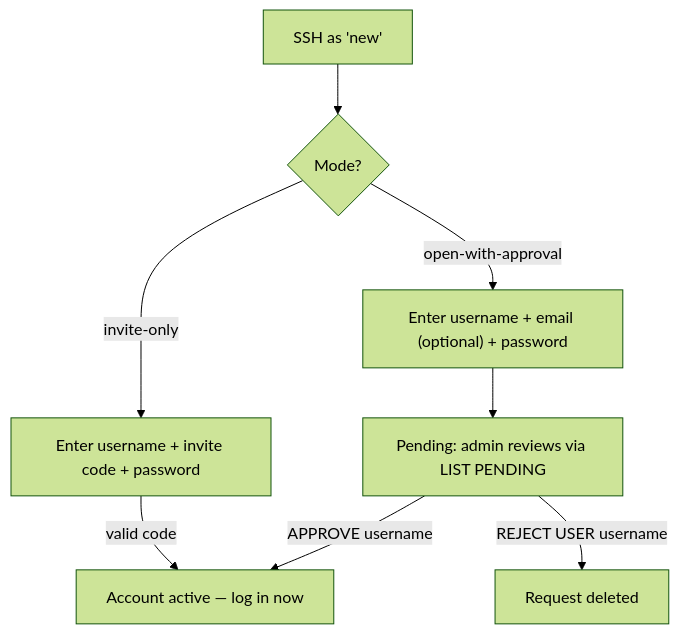
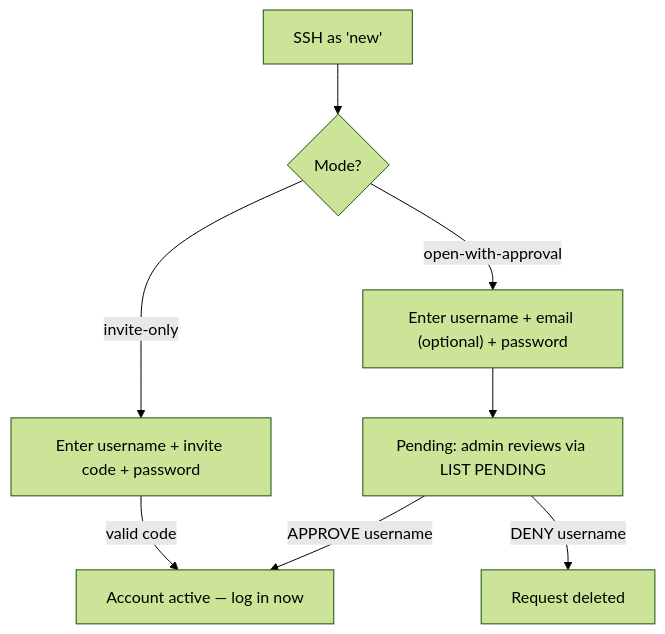
The third of 3 diagrams in docs/design-doc.md (klingon00/retro-vax-bbs), drawn with Mermaid (forest theme) before and after one commit. The commit also changed other lines of this file and 6 other files, not shown here.

````diff
--- a/docs/design-doc.md
+++ b/docs/design-doc.md
@@ -105,10 +105,10 @@
 ```mermaid
 flowchart TD
     A["SSH as 'new'"] --> B{"Mode?"}
     B -->|"invite-only"| C["Enter username + invite code + password"]
     B -->|"open-with-approval"| D["Enter username + email (optional) + password"]
     C -->|"valid code"| Active["Account active — log in now"]
     D --> Pend["Pending: admin reviews via LIST PENDING"]
     Pend -->|"APPROVE username"| Active
-    Pend -->|"REJECT USER username"| Gone["Request deleted"]
+    Pend -->|"DENY username"| Gone["Request deleted"]
 ```
````
